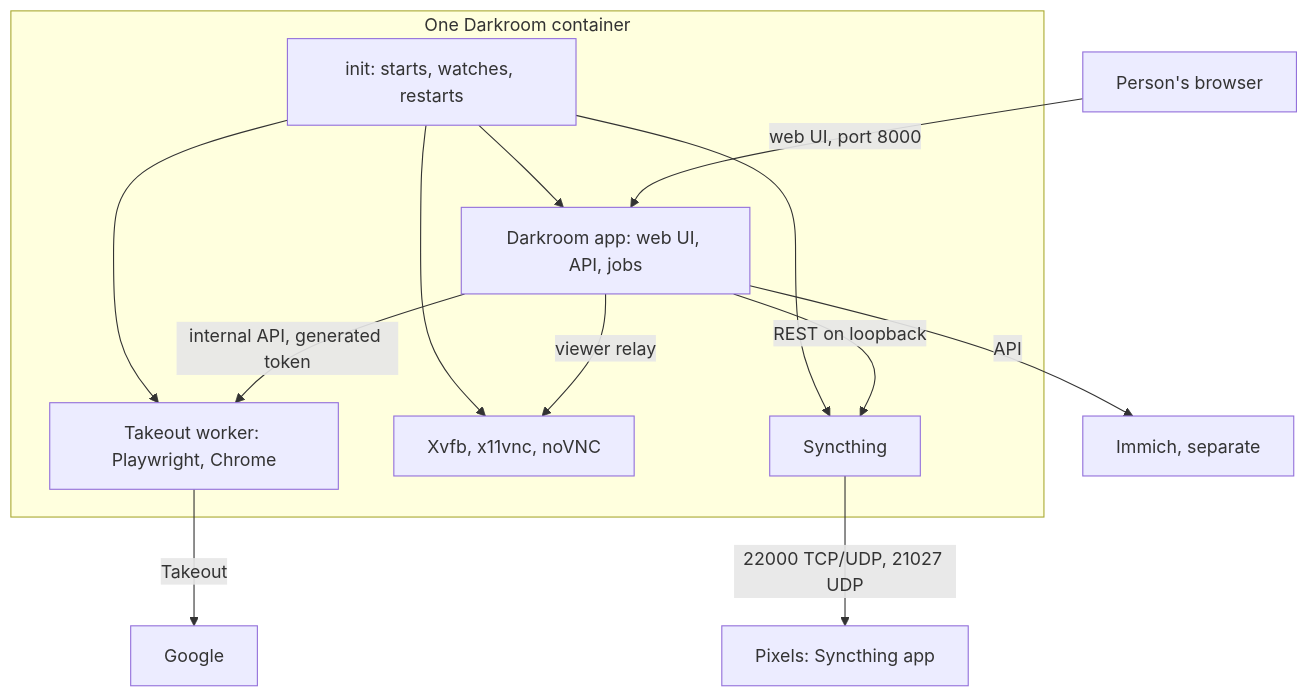
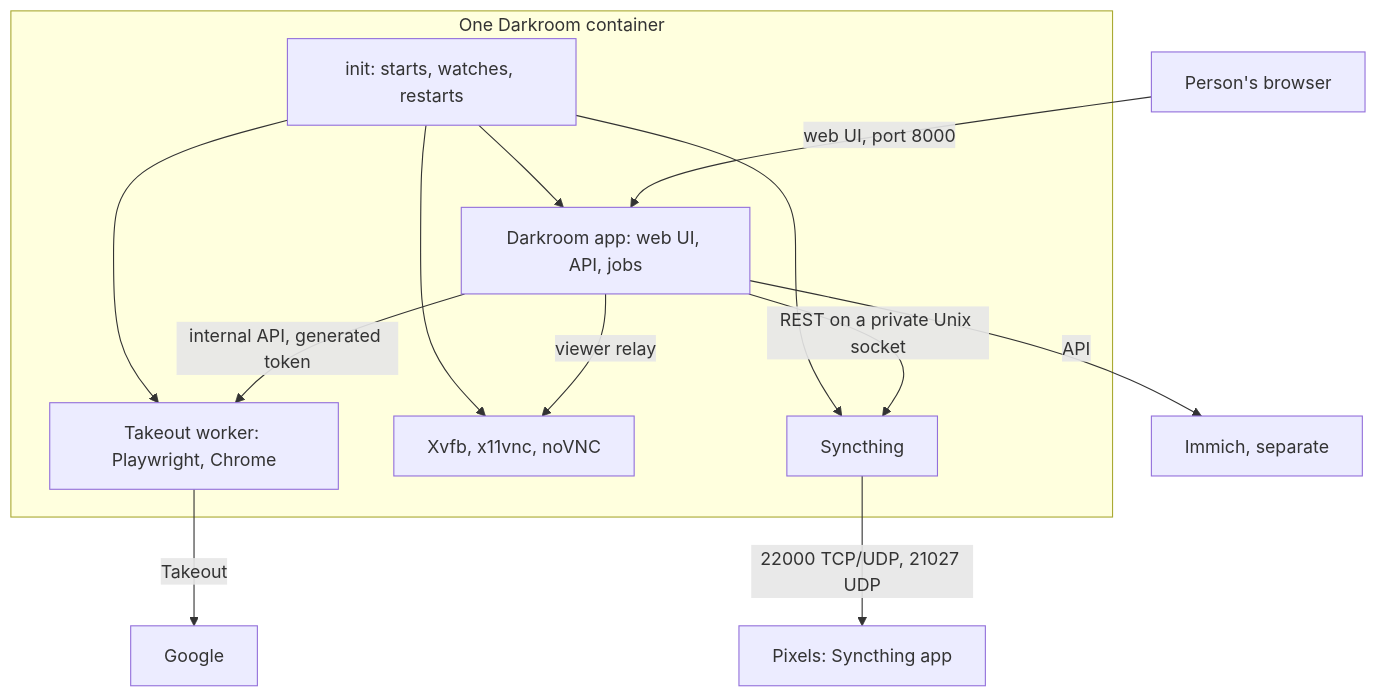
One commit to AnthonyPluth/Darkroom changed the diagram in docs/design/single-container.md. Above: the diagram before and after it, drawn with Mermaid. The commit also changed other lines of this file and 21 other files, not shown here.

````diff
--- a/docs/design/single-container.md
+++ b/docs/design/single-container.md
@@ -39,16 +39,16 @@
 ```mermaid
 flowchart TB
   subgraph c[One Darkroom container]
     init[init: starts, watches, restarts] --> app[Darkroom app: web UI, API, jobs]
     init --> worker[Takeout worker: Playwright, Chrome]
     init --> display[Xvfb, x11vnc, noVNC]
     init --> st[Syncthing]
     app -- internal API, generated token --> worker
     app -- viewer relay --> display
-    app -- REST on loopback --> st
+    app -- REST on a private Unix socket --> st
   end
   person[Person's browser] -- web UI, port 8000 --> app
   st -- 22000 TCP/UDP, 21027 UDP --> pixel[Pixels: Syncthing app]
   app -- API --> immich[Immich, separate]
   worker -- Takeout --> google[Google]
 ```
````
